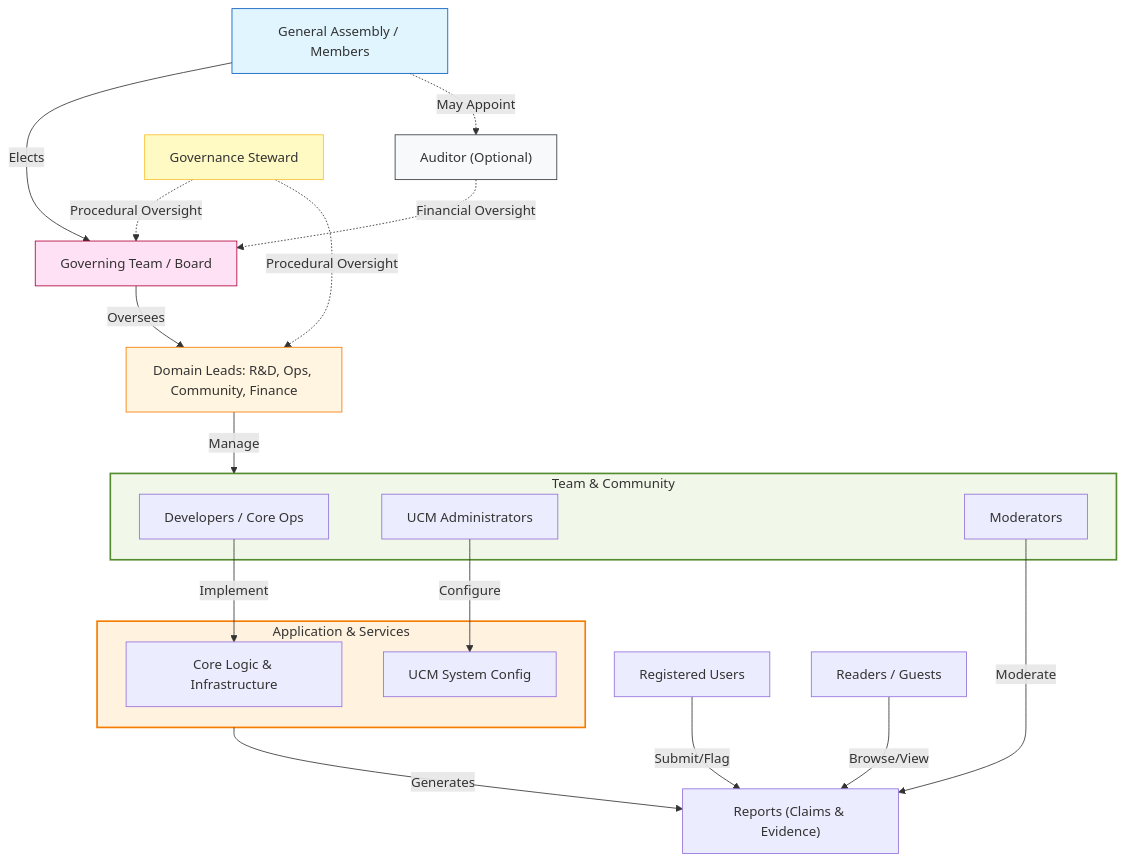
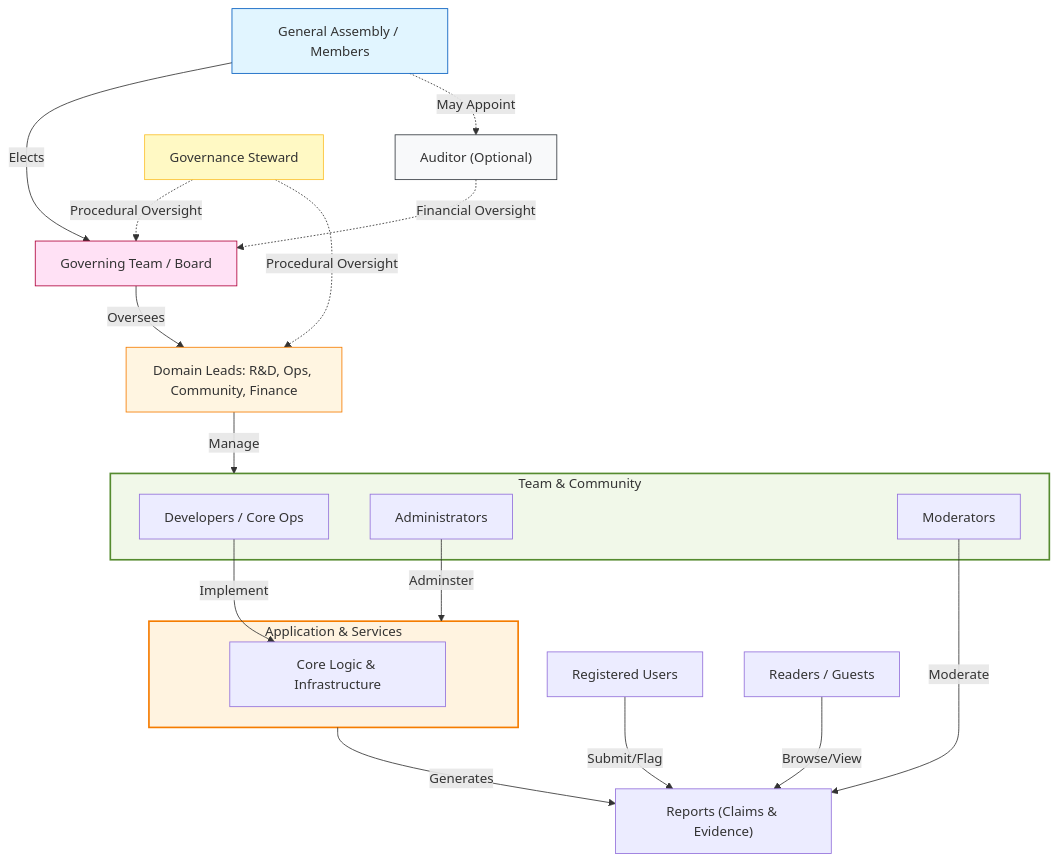
Before and after one commit to robertschaub/FactHarbor: the diagram in Docs/site/diagrams/diagram-2f6b502a73c6a990.mmd, drawn with Mermaid. The commit also changed 7 other files, not shown here.

Commit message:
docs: simplify governance diagram and remove Pipeline V2 references

```diff
--- a/Docs/site/diagrams/diagram-2f6b502a73c6a990.mmd
+++ b/Docs/site/diagrams/diagram-2f6b502a73c6a990.mmd
@@ -1,39 +1,38 @@
 graph TD
     GA["General Assembly / Members"] -->|"Elects"| GT["Governing Team / Board"]
     GA -. "May Appoint" .-> AUD["Auditor (Optional)"]
     
     AUD -. "Financial Oversight" .-> GT
     
     GS["Governance Steward"] -. "Procedural Oversight" .-> GT
     GS -. "Procedural Oversight" .-> DL["Domain Leads: R&D, Ops, Community, Finance"]
     
     GT -->|"Oversees"| DL
     
     subgraph SC ["Team & Community"]
         DEV["Developers / Core Ops"]
-        UA["UCM Administrators"]
+        UA["Administrators"]
         MOD["Moderators"]
     end
     
     DL -->|"Manage"| SC
     
     subgraph AS ["Application & Services"]
         AKEL["Core Logic & Infrastructure"]
-        CFG["UCM System Config"]
     end
     
     DEV -->|"Implement"| AKEL
     MOD -->|"Moderate"| CNT["Reports (Claims & Evidence)"]
-    UA -->|"Configure"| CFG
+    UA -->|"Adminster"| AS
     AS -->|"Generates"| CNT
     
     USR["Registered Users"] -->|"Submit/Flag"| CNT
     RED["Readers / Guests"] -->|"Browse/View"| CNT
 
     style GA fill:#e1f5ff,stroke:#005cbf
     style GT fill:#ffe1f5,stroke:#b0003a
     style GS fill:#fff9c4,stroke:#fbc02d
     style DL fill:#fff5e1,stroke:#f57c00
     style AUD fill:#f8f9fa,stroke:#343a40
     style SC fill:#f1f8e9,stroke:#558b2f,stroke-width:2px
     style AS fill:#fff3e0,stroke:#f57c00,stroke-width:2px
```
